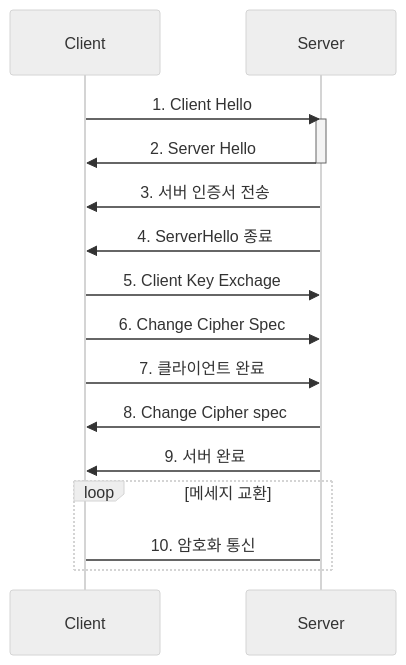
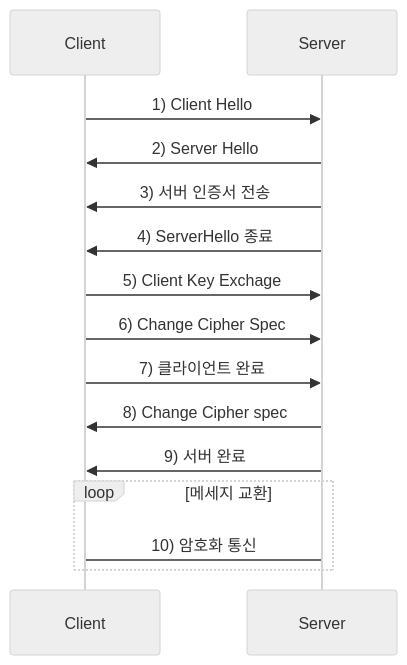
Before and after one commit to 1sonjm/1sonjm.github.io: the diagram in _posts/develop/etc/2019-02-12-TLS.md, drawn with Mermaid (neutral theme). The commit also changed other lines of this file, not shown here.

Commit message:
_posts/develop/etc/2019-02-12-TLS.md updated from https://stackedit.io/

````diff
--- a/_posts/develop/etc/2019-02-12-TLS.md
+++ b/_posts/develop/etc/2019-02-12-TLS.md
@@ -12,17 +12,15 @@
 ```mermaid
 sequenceDiagram
-    Client->>Server: 1. Client Hello
-    activate Server
-    Server->>Client: 2. Server Hello
-    deactivate Server
-    Server->>Client: 3. 서버 인증서 전송
-    Server->>Client: 4. ServerHello 종료
-    Client->>Server: 5. Client Key Exchage
-    Client->>Server: 6. Change Cipher Spec
-    Client->>Server: 7. 클라이언트 완료
-    Server->>Client: 8. Change Cipher spec
-    Server->>Client: 9. 서버 완료
+    Client->>Server: 1) Client Hello
+    Server->>Client: 2) Server Hello
+    Server->>Client: 3) 서버 인증서 전송
+    Server->>Client: 4) ServerHello 종료
+    Client->>Server: 5) Client Key Exchage
+    Client->>Server: 6) Change Cipher Spec
+    Client->>Server: 7) 클라이언트 완료
+    Server->>Client: 8) Change Cipher spec
+    Server->>Client: 9) 서버 완료
     loop 메세지 교환
-    Server->Client: 10. 암호화 통신
+    Server->Client: 10) 암호화 통신
     end
 ```
````
